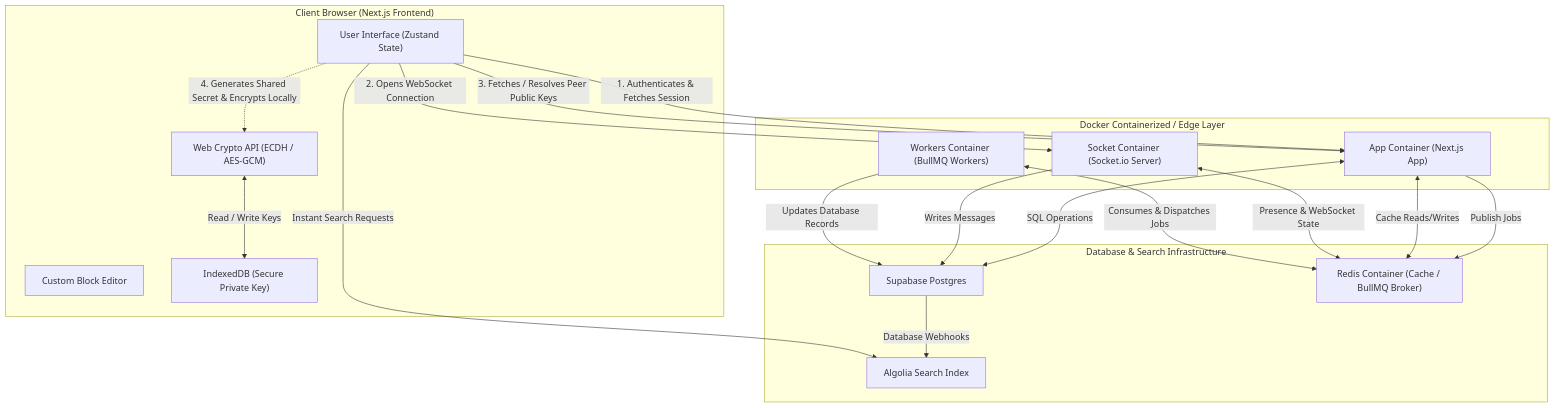
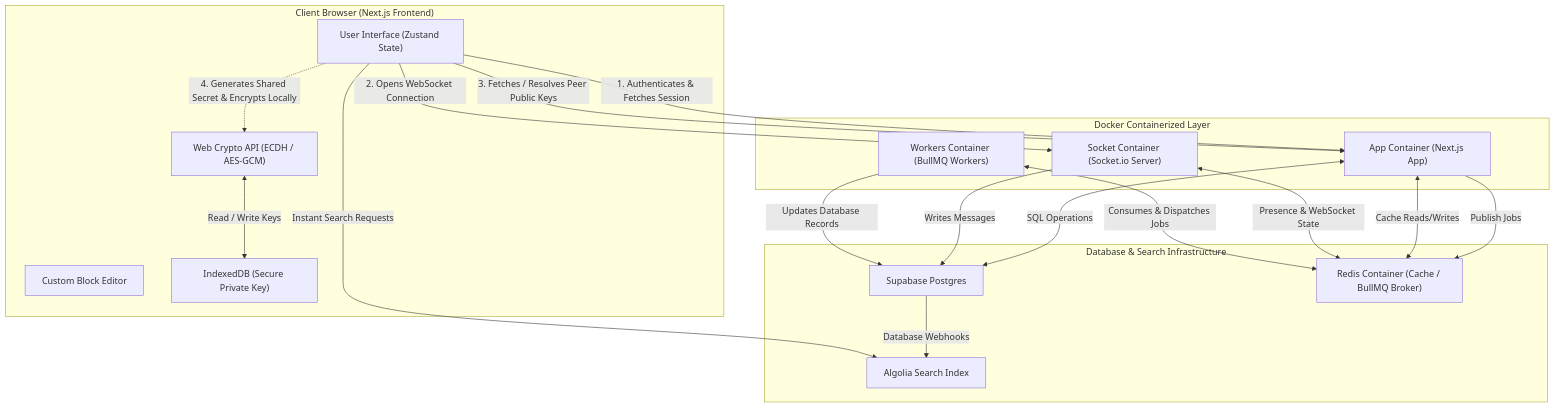
The diagram in README.md (ggoswami777/AkaiBlogs), drawn with Mermaid before and after one commit. The commit also changed other lines of this file, not shown here.

````diff
--- a/README.md
+++ b/README.md
@@ -30,40 +46,40 @@
 ```mermaid
 flowchart TD
     subgraph Client ["Client Browser (Next.js Frontend)"]
         UI["User Interface (Zustand State)"]
         Editor["Custom Block Editor"]
         WebCrypto["Web Crypto API (ECDH / AES-GCM)"]
         IDB["IndexedDB (Secure Private Key)"]
     end
 
-    subgraph Containerized_Edge ["Docker Containerized / Edge Layer"]
+    subgraph Containerized_Edge ["Docker Containerized Layer"]
         App["App Container (Next.js App)"]
         Socket["Socket Container (Socket.io Server)"]
         Workers["Workers Container (BullMQ Workers)"]
     end
 
     subgraph Storage ["Database & Search Infrastructure"]
         PG["Supabase Postgres"]
         Redis["Redis Container (Cache / BullMQ Broker)"]
         Algolia["Algolia Search Index"]
     end
 
     UI -->|1. Authenticates & Fetches Session| App
     UI -->|2. Opens WebSocket Connection| Socket
     UI -->|3. Fetches / Resolves Peer Public Keys| App
     UI -.->|4. Generates Shared Secret & Encrypts Locally| WebCrypto
     WebCrypto <-->|Read / Write Keys| IDB
     
     App <-->|SQL Operations| PG
     App -->|Publish Jobs| Redis
     App <-->|Cache Reads/Writes| Redis
     
     Socket <-->|Presence & WebSocket State| Redis
     Socket -->|Writes Messages| PG
     
     Workers <-->|Consumes & Dispatches Jobs| Redis
     Workers -->|Updates Database Records| PG
     
     PG -->|Database Webhooks| Algolia
     UI -->|Instant Search Requests| Algolia
 ```
````
